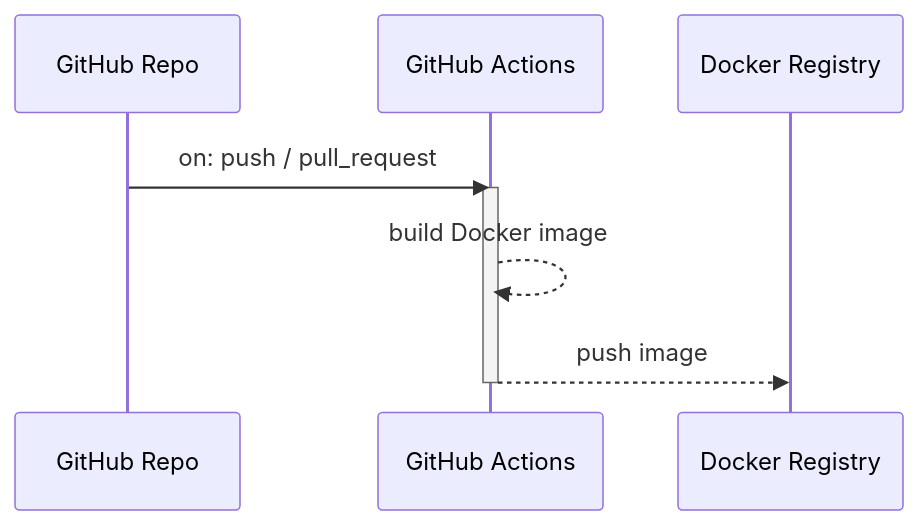
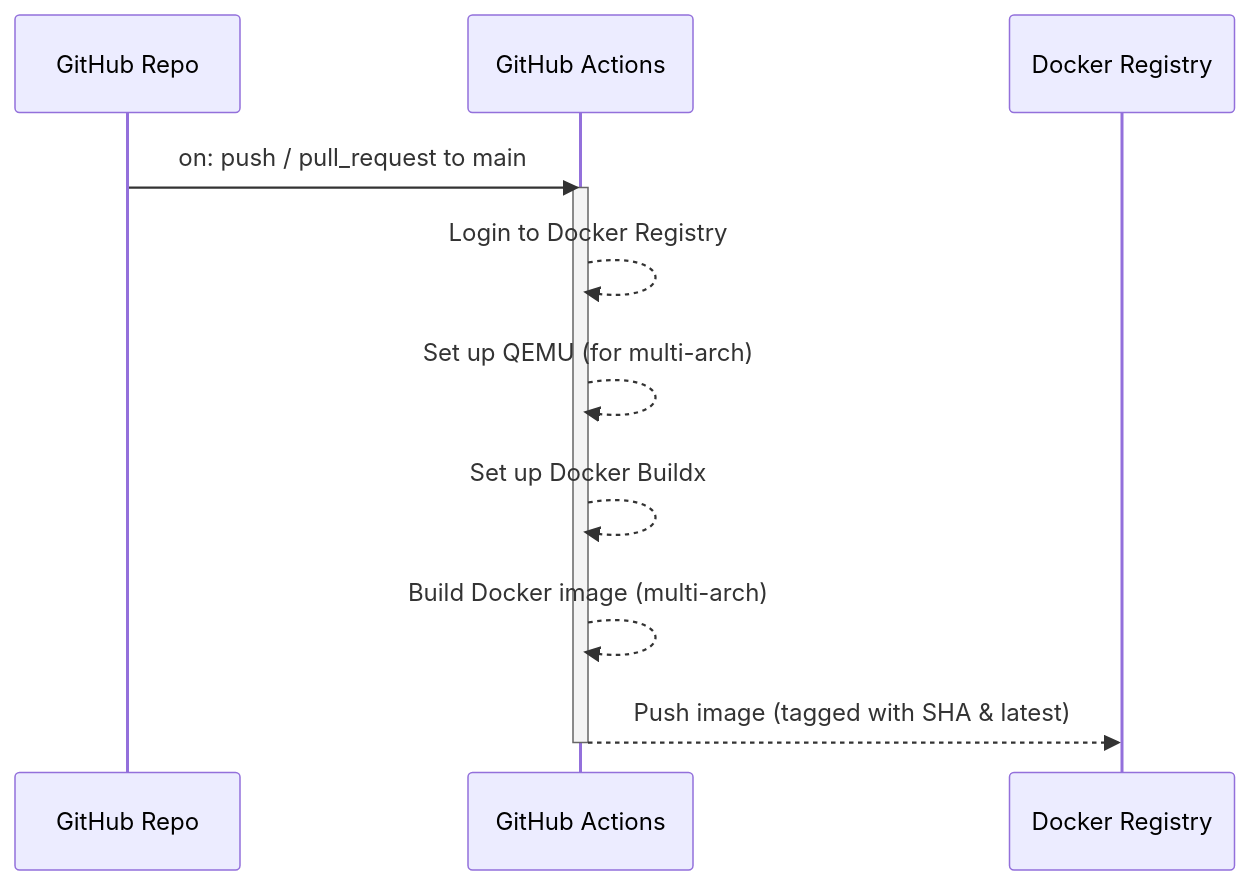
The fourth of 6 diagrams in README.md (JoeJoe1313/PaliGemma-Image-Segmentation), drawn with Mermaid before and after one commit. The commit also changed other lines of this file, not shown here.

````diff
--- a/README.md
+++ b/README.md
@@ -202,12 +198,15 @@
 ```mermaid
 sequenceDiagram
     participant G as GitHub Repo
     participant A as GitHub Actions
     participant D as Docker Registry
-
-    G->>A: on: push / pull_request
+    
+    G->>A: on: push / pull_request to main
     activate A
-    A-->>A: build Docker image
-    A-->>D: push image
+    A-->>A: Login to Docker Registry
+    A-->>A: Set up QEMU (for multi-arch)
+    A-->>A: Set up Docker Buildx
+    A-->>A: Build Docker image (multi-arch)
+    A-->>D: Push image (tagged with SHA & latest)
     deactivate A
 ```
````
